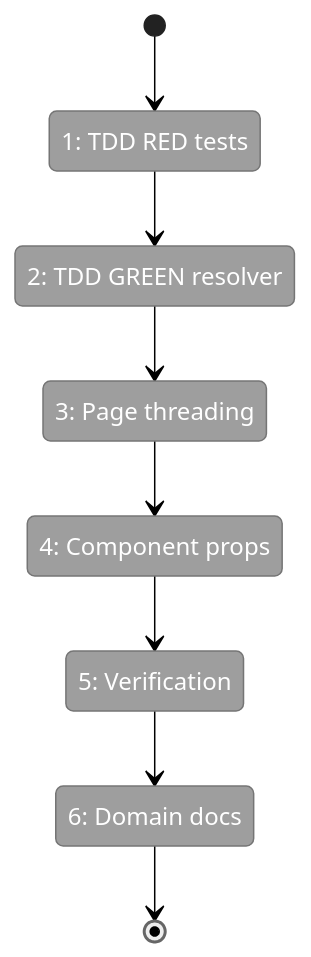
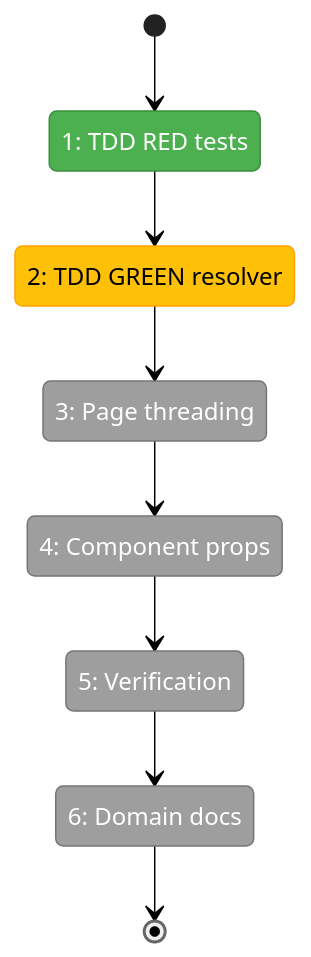
One commit to AI-Substrate/chainglass changed the first of 2 diagrams in docs/plans/062-workunit-worktree-resolution/tasks/implementation/tasks.fltplan.md. Above: the diagram before and after it, drawn with Mermaid (neutral theme). The commit also changed other lines of this file and 16 other files, not shown here.

````diff
--- a/docs/plans/062-workunit-worktree-resolution/tasks/implementation/tasks.fltplan.md
+++ b/docs/plans/062-workunit-worktree-resolution/tasks/implementation/tasks.fltplan.md
@@ -40,24 +40,26 @@
 ```mermaid
 stateDiagram-v2
     classDef pending fill:#9E9E9E,stroke:#757575,color:#fff
     classDef active fill:#FFC107,stroke:#FFA000,color:#000
     classDef done fill:#4CAF50,stroke:#388E3C,color:#fff
     classDef blocked fill:#F44336,stroke:#D32F2F,color:#fff
 
     state "1: TDD RED tests" as S1
     state "2: TDD GREEN resolver" as S2
     state "3: Page threading" as S3
     state "4: Component props" as S4
     state "5: Verification" as S5
     state "6: Domain docs" as S6
 
     [*] --> S1
     S1 --> S2
     S2 --> S3
     S3 --> S4
     S4 --> S5
     S5 --> S6
     S6 --> [*]
 
-    class S1,S2,S3,S4,S5,S6 pending
+    class S1 done
+    class S2 active
+    class S3,S4,S5,S6 pending
 ```
````
